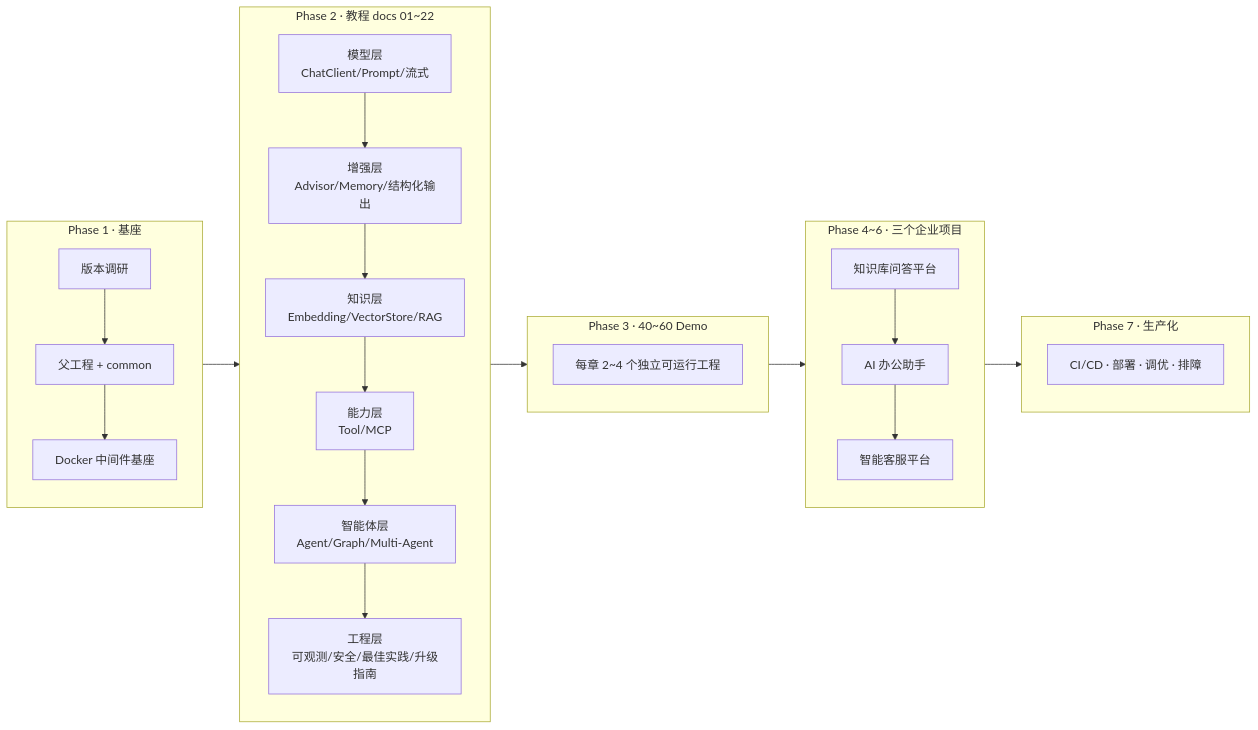
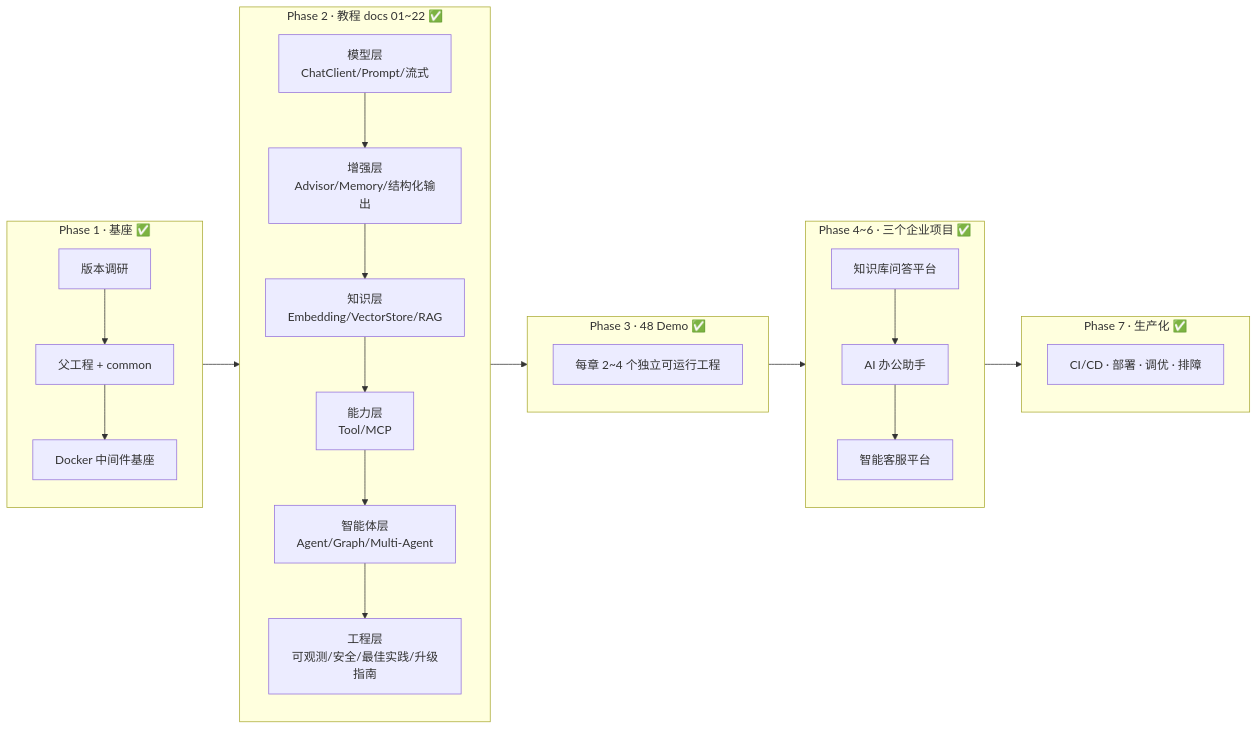
The first of 2 diagrams in docs/00-overview/01-学习路线.md (flywhlway/spring-ai-alibaba-learning), drawn with Mermaid before and after one commit. The commit also changed other lines of this file and 5 other files, not shown here.

````diff
--- a/docs/00-overview/01-学习路线.md
+++ b/docs/00-overview/01-学习路线.md
@@ -11,24 +13,24 @@
 ```mermaid
 flowchart LR
-    subgraph P1["Phase 1 · 基座"]
+    subgraph P1["Phase 1 · 基座 ✅"]
         A1[版本调研] --> A2[父工程 + common]
         A2 --> A3[Docker 中间件基座]
     end
-    subgraph P2["Phase 2 · 教程 docs 01~22"]
+    subgraph P2["Phase 2 · 教程 docs 01~22 ✅"]
         B1[模型层<br/>ChatClient/Prompt/流式] --> B2[增强层<br/>Advisor/Memory/结构化输出]
         B2 --> B3[知识层<br/>Embedding/VectorStore/RAG]
         B3 --> B4[能力层<br/>Tool/MCP]
         B4 --> B5[智能体层<br/>Agent/Graph/Multi-Agent]
         B5 --> B6[工程层<br/>可观测/安全/最佳实践/升级指南]
     end
-    subgraph P3["Phase 3 · 40~60 Demo"]
+    subgraph P3["Phase 3 · 48 Demo ✅"]
         C1[每章 2~4 个独立可运行工程]
     end
-    subgraph P456["Phase 4~6 · 三个企业项目"]
+    subgraph P456["Phase 4~6 · 三个企业项目 ✅"]
         D1[知识库问答平台] --> D2[AI 办公助手] --> D3[智能客服平台]
     end
-    subgraph P7["Phase 7 · 生产化"]
+    subgraph P7["Phase 7 · 生产化 ✅"]
         E1[CI/CD · 部署 · 调优 · 排障]
     end
     P1 --> P2 --> P3 --> P456 --> P7
 ```
````
